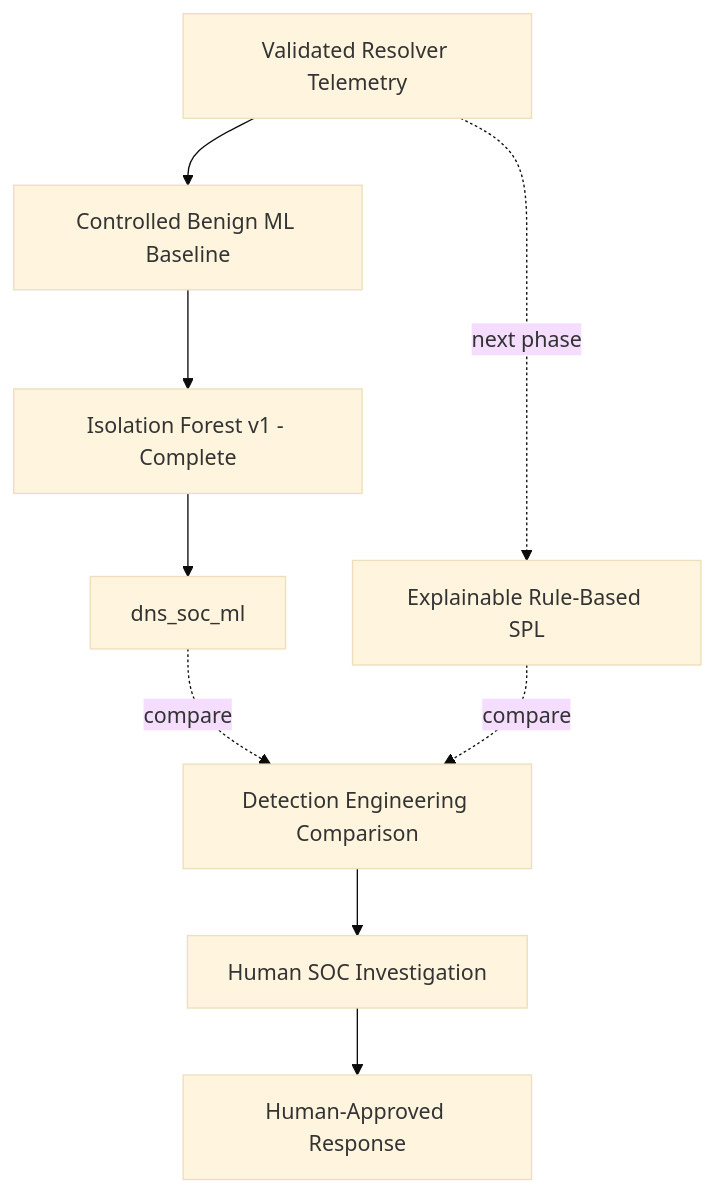
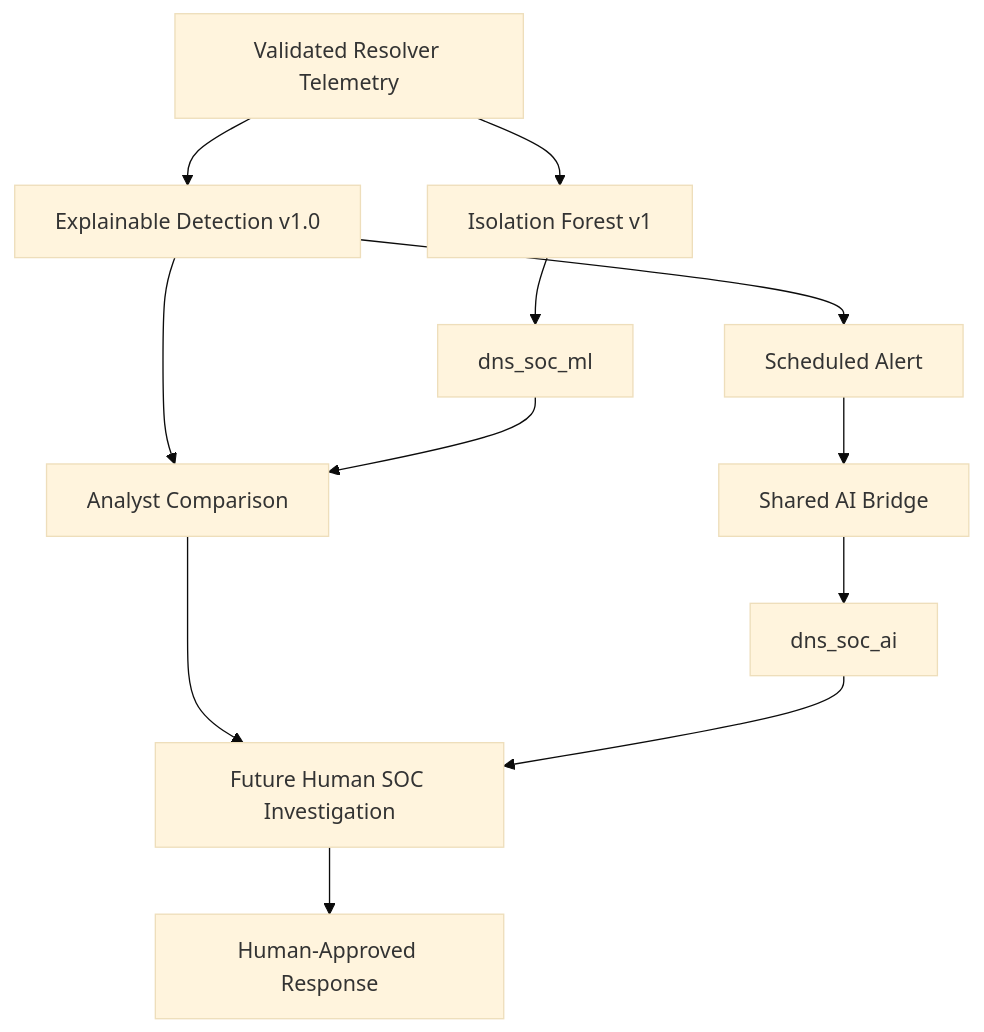
The second of 2 diagrams in README.md (DNSentinel-Lab/Scenario-02-DGA), drawn with Mermaid (base theme) before and after one commit. The commit also changed other lines of this file and 3 other files, not shown here.

````diff
--- a/README.md
+++ b/README.md
@@ -110,11 +133,14 @@
 ```mermaid
 flowchart TB
-    DNS[Validated Resolver Telemetry] --> MLBASE[Controlled Benign ML Baseline]
-    MLBASE --> ML[Isolation Forest v1 - Complete]
-    DNS -. next phase .-> SPL[Explainable Rule-Based SPL]
+    DNS[Validated Resolver Telemetry] --> SPL[Explainable Detection v1.0]
+    DNS --> ML[Isolation Forest v1]
     ML --> MLI[dns_soc_ml]
-    MLI -. compare .-> CMP[Detection Engineering Comparison]
-    SPL -. compare .-> CMP
-    CMP --> SOC[Human SOC Investigation]
+    SPL --> CMP[Analyst Comparison]
+    MLI --> CMP
+    SPL --> ALERT[Scheduled Alert]
+    ALERT --> AI[Shared AI Bridge]
+    AI --> AII[dns_soc_ai]
+    CMP --> SOC[Future Human SOC Investigation]
+    AII --> SOC
     SOC --> IR[Human-Approved Response]
 ```
````
